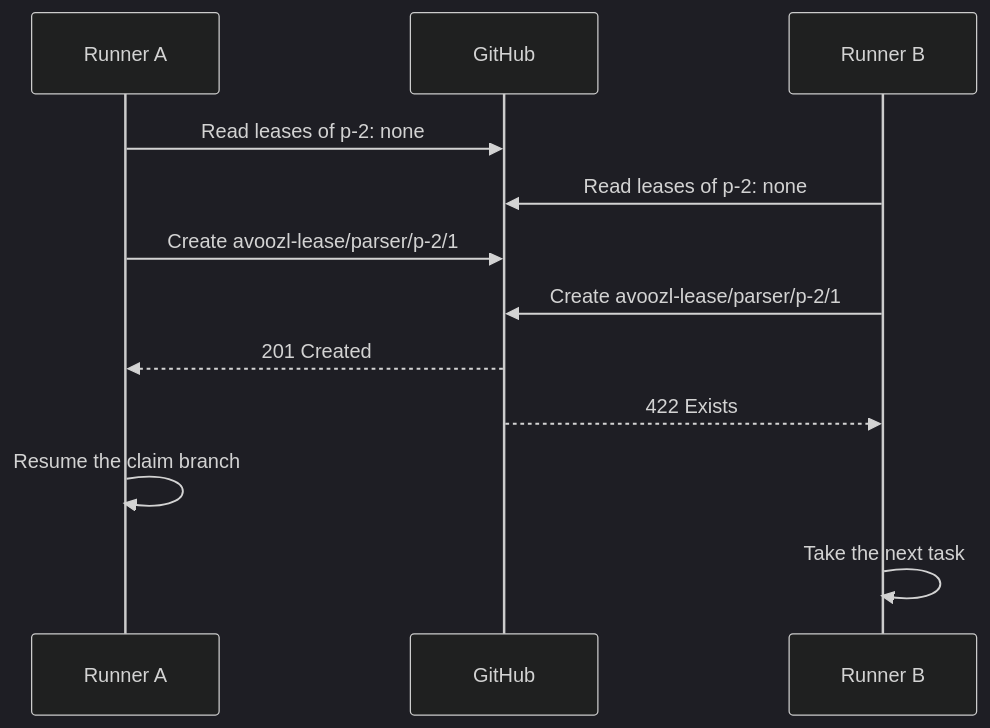
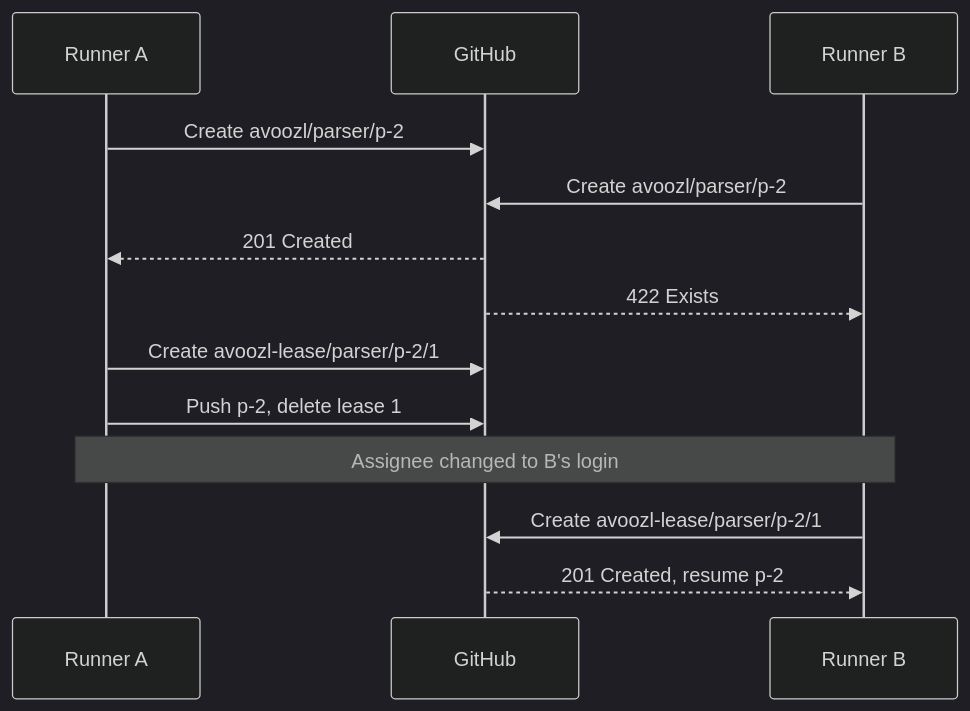
One commit to mtdowling/avoozl changed the second of 2 diagrams in docs/github-workflow.md. Above: the diagram before and after it, drawn with Mermaid (dark theme). The commit also changed other lines of this file, not shown here.

Commit message:
Compact the workflow page diagrams

````diff
--- a/docs/github-workflow.md
+++ b/docs/github-workflow.md
@@ -392,14 +381,15 @@
 ```mermaid
 sequenceDiagram
   participant A as Runner A
   participant G as GitHub
   participant B as Runner B
-  A->>G: Read leases of p-2: none
-  B->>G: Read leases of p-2: none
-  A->>G: Create avoozl-lease/parser/p-2/1
-  B->>G: Create avoozl-lease/parser/p-2/1
+  A->>G: Create avoozl/parser/p-2
+  B->>G: Create avoozl/parser/p-2
   G-->>A: 201 Created
   G-->>B: 422 Exists
-  A->>A: Resume the claim branch
-  B->>B: Take the next task
+  A->>G: Create avoozl-lease/parser/p-2/1
+  A->>G: Push p-2, delete lease 1
+  Note over A,B: Assignee changed to B's login
+  B->>G: Create avoozl-lease/parser/p-2/1
+  G-->>B: 201 Created, resume p-2
 ```
````
